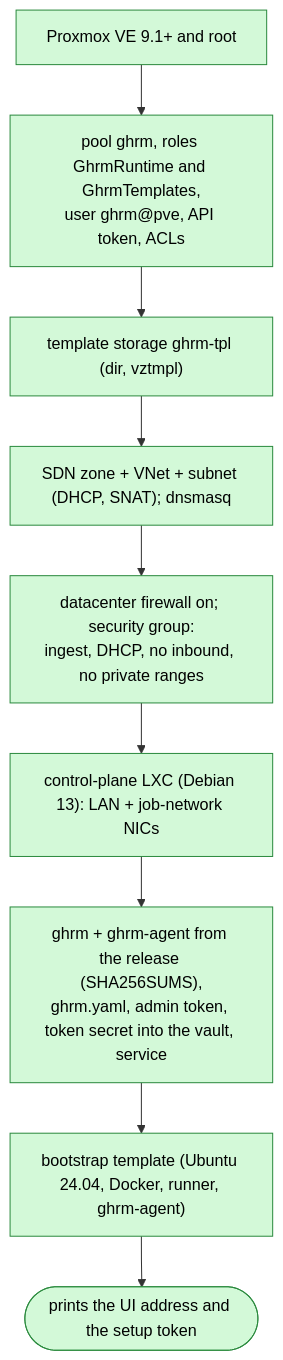
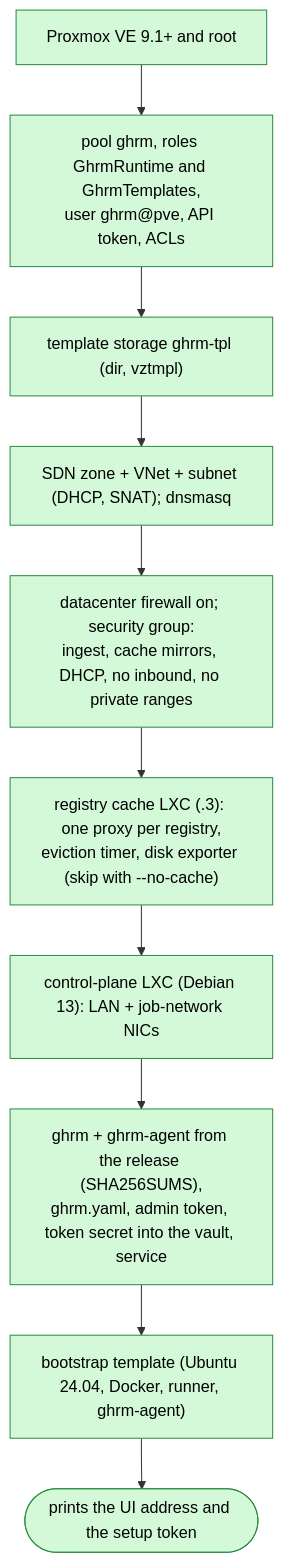
One commit to cocardoso/gh-runners-manager changed diagram 13 of 13 in docs/architecture.md. Above: the diagram before and after it, drawn with Mermaid. The commit also changed other lines of this file and 2 other files, not shown here.

Commit message:
docs: registry cache

````diff
--- a/docs/architecture.md
+++ b/docs/architecture.md
@@ -483,14 +497,15 @@
 ```mermaid
 flowchart TD
     pre["Proxmox VE 9.1+ and root"] --> acc["pool ghrm, roles GhrmRuntime and GhrmTemplates,<br/>user ghrm@pve, API token, ACLs"]
     acc --> stor["template storage ghrm-tpl (dir, vztmpl)"]
     stor --> net["SDN zone + VNet + subnet (DHCP, SNAT); dnsmasq"]
-    net --> fw["datacenter firewall on; security group:<br/>ingest, DHCP, no inbound, no private ranges"]
-    fw --> cp["control-plane LXC (Debian 13): LAN + job-network NICs"]
+    net --> fw["datacenter firewall on; security group:<br/>ingest, cache mirrors, DHCP, no inbound, no private ranges"]
+    fw --> cache["registry cache LXC (.3): one proxy per registry,<br/>eviction timer, disk exporter (skip with --no-cache)"]
+    cache --> cp["control-plane LXC (Debian 13): LAN + job-network NICs"]
     cp --> bin["ghrm + ghrm-agent from the release (SHA256SUMS),<br/>ghrm.yaml, admin token, token secret into the vault, service"]
     bin --> tpl["bootstrap template (Ubuntu 24.04, Docker, runner, ghrm-agent)"]
     tpl --> done(["prints the UI address and the setup token"])
 
     classDef done fill:#d3f9d8,stroke:#2b8a3e,color:#000
-    class pre,acc,stor,net,fw,cp,bin,tpl,done done
+    class pre,acc,stor,net,fw,cache,cp,bin,tpl,done done
 ```
````
